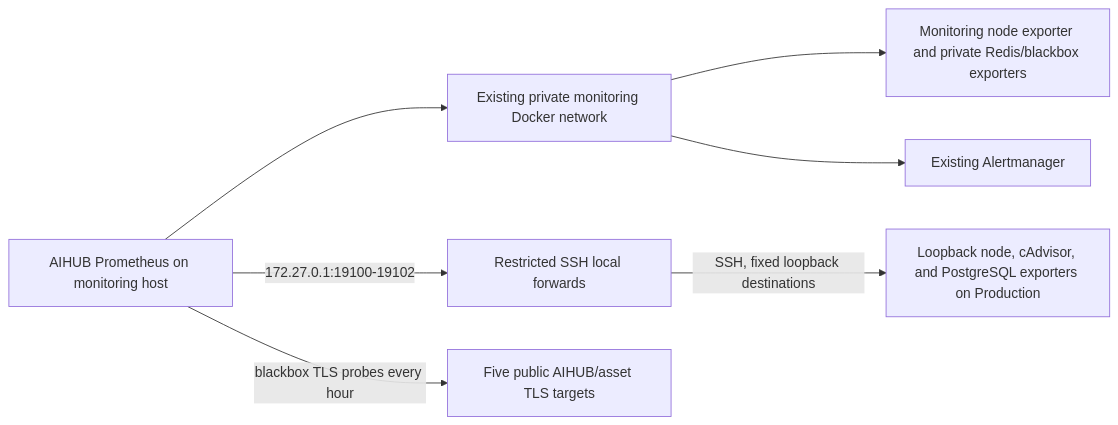
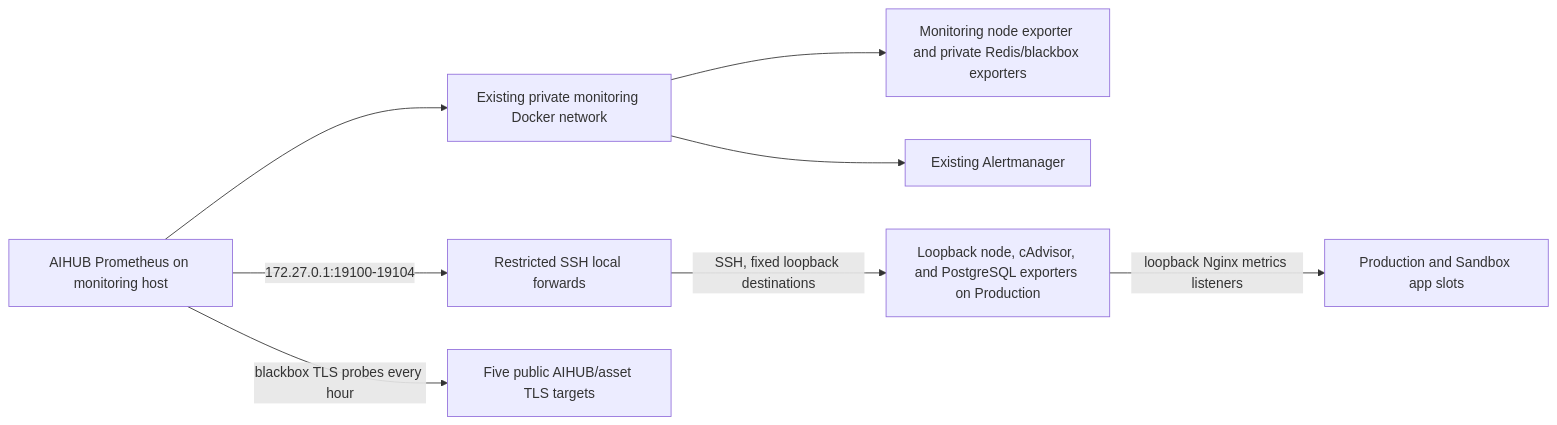
The diagram in docs/operations/aihub-observability.md (AiHub-Ecosystem/aihub-be), drawn with Mermaid before and after one commit. The commit also changed other lines of this file and 11 other files, not shown here.

Commit message:
fix(ops): scrape app metrics for email outbox alerts

````diff
--- a/docs/operations/aihub-observability.md
+++ b/docs/operations/aihub-observability.md
@@ -14,16 +14,17 @@
 ```mermaid
 flowchart LR
   Prom[AIHUB Prometheus on monitoring host]
   Net[Existing private monitoring Docker network]
   Mon[Monitoring node exporter and private Redis/blackbox exporters]
   Tunnel[Restricted SSH local forwards]
   Prod[Loopback node, cAdvisor, and PostgreSQL exporters on Production]
   AM[Existing Alertmanager]
   Public[Five public AIHUB/asset TLS targets]
   Prom --> Net
   Net --> Mon
   Net --> AM
-  Prom -->|172.27.0.1:19100-19102| Tunnel
+  Prom -->|172.27.0.1:19100-19104| Tunnel
   Tunnel -->|SSH, fixed loopback destinations| Prod
+  Prod -->|loopback Nginx metrics listeners| App[Production and Sandbox app slots]
   Prom -->|blackbox TLS probes every hour| Public
 ```
````
